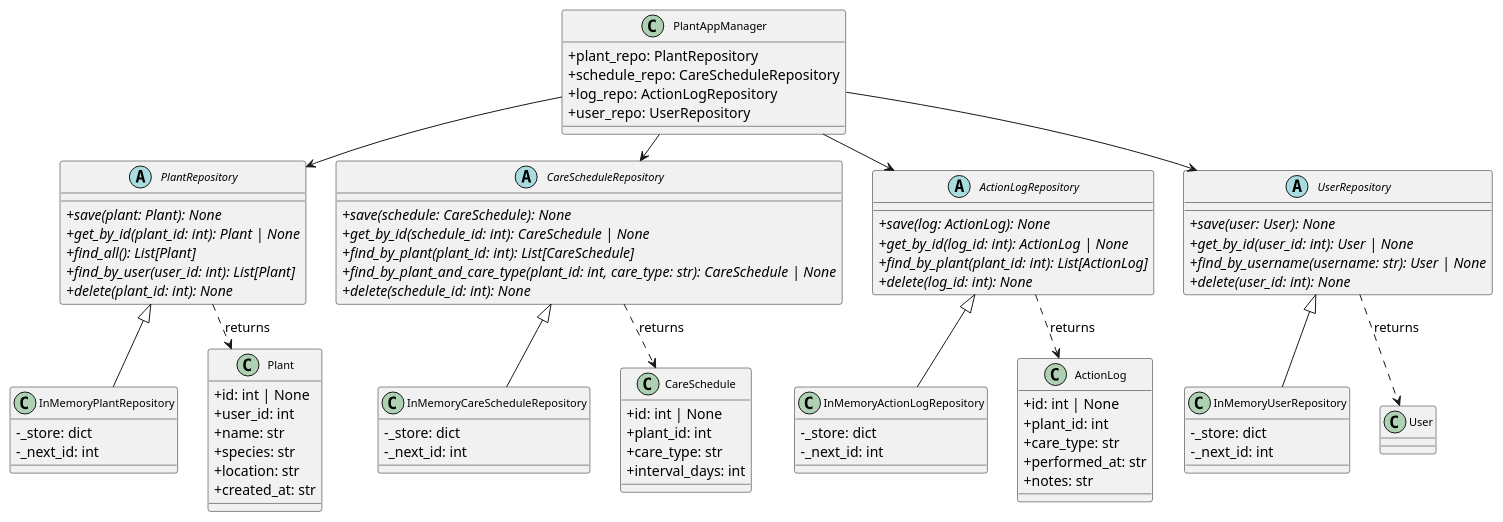
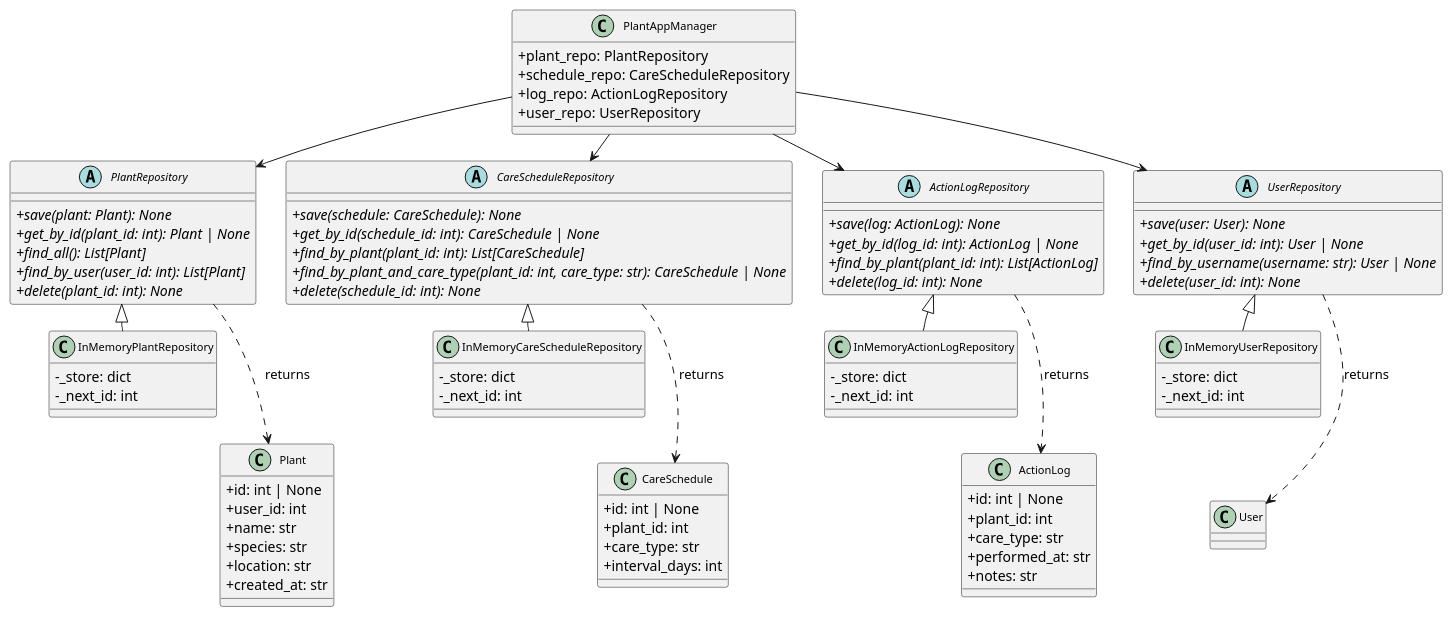
Before and after one commit to Annika-Ostendorp/pflanzenkalender-teil-2: the diagram in diagrams/us4_repository_pattern.puml, drawn with PlantUML.

Commit message:
Added column layout constraint to the diagram

```diff
--- a/diagrams/us4_repository_pattern.puml
+++ b/diagrams/us4_repository_pattern.puml
@@ -1,118 +1,137 @@
 @startuml repository-pattern
 skinparam classAttributeIconSize 0
 skinparam classFontSize 11
 skinparam nodesep 30
 skinparam ranksep 25
 top to bottom direction
 
 
 class PlantAppManager {
   +plant_repo: PlantRepository
   +schedule_repo: CareScheduleRepository
   +log_repo: ActionLogRepository
   +user_repo: UserRepository
 }
 
 
 abstract class PlantRepository {
   {abstract} +save(plant: Plant): None
   {abstract} +get_by_id(plant_id: int): Plant | None
   {abstract} +find_all(): List[Plant]
   {abstract} +find_by_user(user_id: int): List[Plant]
   {abstract} +delete(plant_id: int): None
 }
 
 
 abstract class CareScheduleRepository {
   {abstract} +save(schedule: CareSchedule): None
   {abstract} +get_by_id(schedule_id: int): CareSchedule | None
   {abstract} +find_by_plant(plant_id: int): List[CareSchedule]
   {abstract} +find_by_plant_and_care_type(plant_id: int, care_type: str): CareSchedule | None
   {abstract} +delete(schedule_id: int): None
 }
 
 
 abstract class ActionLogRepository {
   {abstract} +save(log: ActionLog): None
   {abstract} +get_by_id(log_id: int): ActionLog | None
   {abstract} +find_by_plant(plant_id: int): List[ActionLog]
   {abstract} +delete(log_id: int): None
 }
 
 abstract class UserRepository {
   {abstract} +save(user: User): None
   {abstract} +get_by_id(user_id: int): User | None
   {abstract} +find_by_username(username: str): User | None
   {abstract} +delete(user_id: int): None
 }
 
 class InMemoryPlantRepository {
   -_store: dict
   -_next_id: int
 }
 
 
 class InMemoryCareScheduleRepository {
   -_store: dict
   -_next_id: int
 }
 
 
 class InMemoryActionLogRepository {
   -_store: dict
   -_next_id: int
 }
 
 class InMemoryUserRepository {
   -_store: dict
   -_next_id: int
 }
 
 
 class Plant {
   +id: int | None
   +user_id: int
   +name: str
   +species: str
   +location: str
   +created_at: str
 }
 
 class CareSchedule {
   +id: int | None
   +plant_id: int
   +care_type: str
   +interval_days: int
 }
 
 
 class ActionLog {
   +id: int | None
   +plant_id: int
   +care_type: str
   +performed_at: str
   +notes: str
 }
 
 ' ── Dependency Inversion: Manager → abstract interfaces ──
 PlantAppManager --> PlantRepository
 PlantAppManager --> CareScheduleRepository
 PlantAppManager --> ActionLogRepository
 PlantAppManager --> UserRepository
 
 
 ' ── Implementations ─────────────────────────────────────
 PlantRepository <|-- InMemoryPlantRepository
 CareScheduleRepository <|-- InMemoryCareScheduleRepository
 ActionLogRepository <|-- InMemoryActionLogRepository
 UserRepository <|-- InMemoryUserRepository
 
 
 ' ── Repository returns domain models ─────────────────────
 PlantRepository ..> Plant : returns
 CareScheduleRepository ..> CareSchedule : returns
 ActionLogRepository ..> ActionLog : returns
 UserRepository ..> User : returns
 
+' ── Column layout (left → right) ─────────────────────────
+PlantRepository -[hidden]right- CareScheduleRepository
+CareScheduleRepository -[hidden]right- ActionLogRepository
+ActionLogRepository -[hidden]right- UserRepository
+InMemoryPlantRepository -[hidden]right- InMemoryCareScheduleRepository
+InMemoryCareScheduleRepository -[hidden]right- InMemoryActionLogRepository
+InMemoryActionLogRepository -[hidden]right- InMemoryUserRepository
+Plant -[hidden]right- CareSchedule
+CareSchedule -[hidden]right- ActionLog
+ActionLog -[hidden]right- User
+PlantRepository -[hidden]down- InMemoryPlantRepository
+InMemoryPlantRepository -[hidden]down- Plant
+CareScheduleRepository -[hidden]down- InMemoryCareScheduleRepository
+InMemoryCareScheduleRepository -[hidden]down- CareSchedule
+ActionLogRepository -[hidden]down- InMemoryActionLogRepository
+InMemoryActionLogRepository -[hidden]down- ActionLog
+UserRepository -[hidden]down- InMemoryUserRepository
+InMemoryUserRepository -[hidden]down- User
+
 
 @enduml
```
